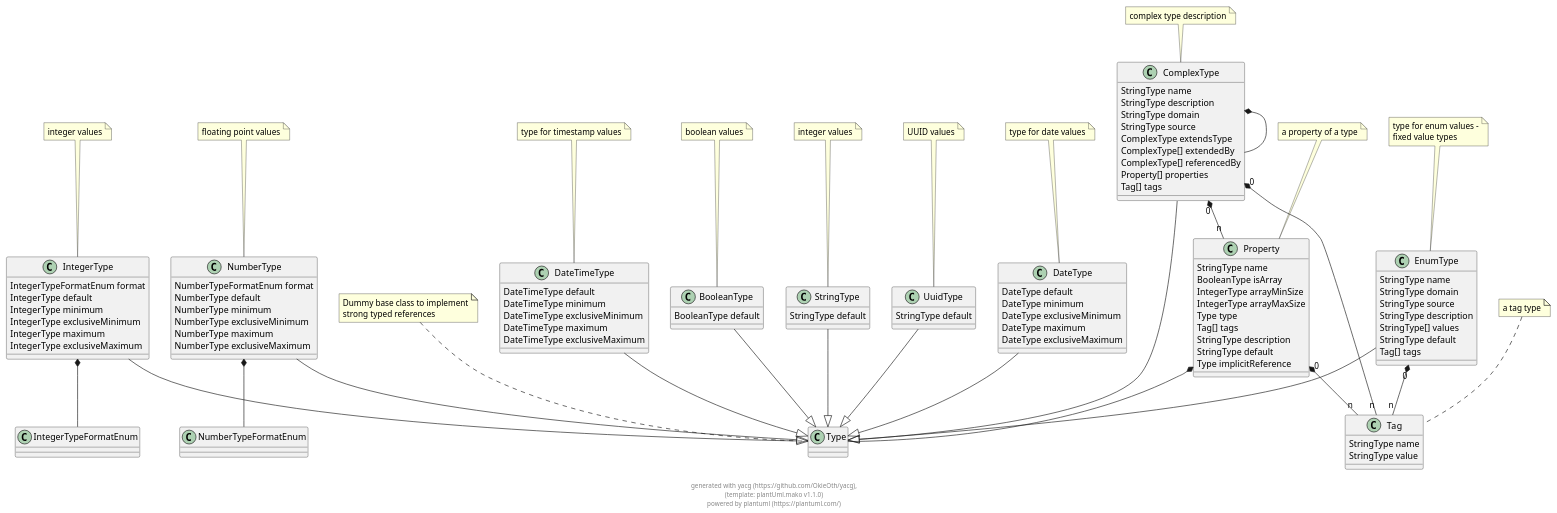
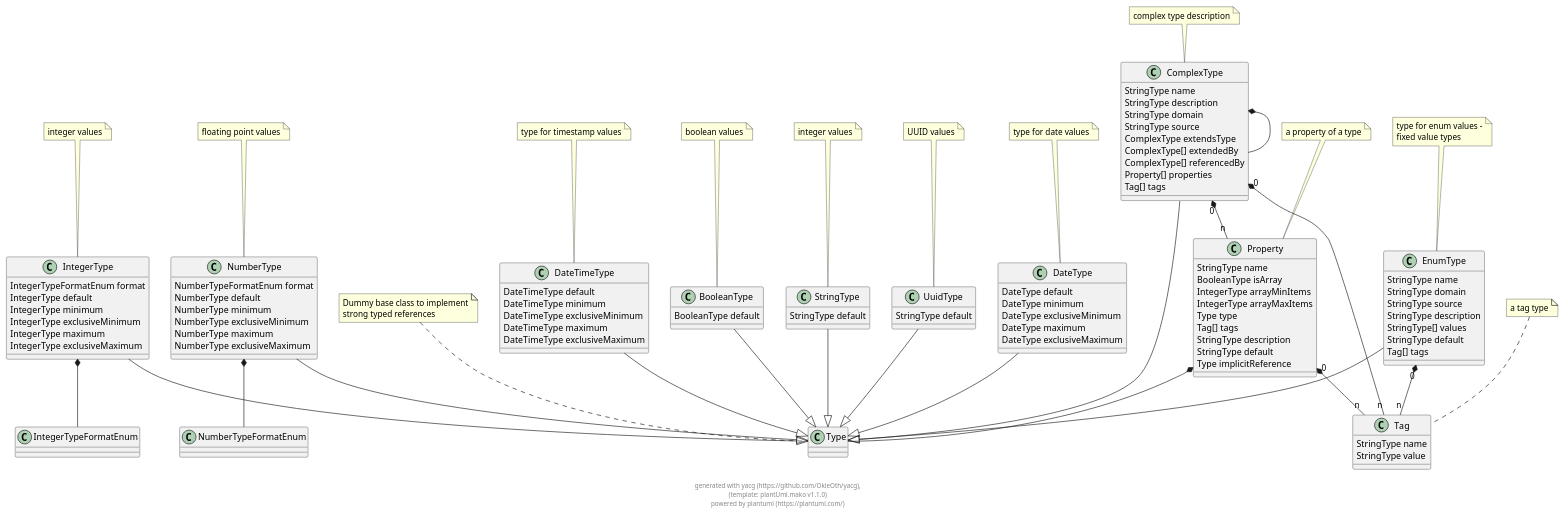
The diagram in docs/puml/yacg_model.puml (OkieOth/yacg), drawn with PlantUML before and after one commit. The commit also changed 4 other files, not shown here.

Commit message:
rename array size restriction constraints

```diff
--- a/docs/puml/yacg_model.puml
+++ b/docs/puml/yacg_model.puml
@@ -2,165 +2,165 @@
 @startuml
 
 class Type {
 }
  
 note top: Dummy base class to implement\nstrong typed references
 
 class IntegerType {
     IntegerTypeFormatEnum format 
     IntegerType default 
     IntegerType minimum 
     IntegerType exclusiveMinimum 
     IntegerType maximum 
     IntegerType exclusiveMaximum 
 }
  
 note top: integer values
 
 IntegerType --|> Type
 class IntegerTypeFormatEnum {
 }
  
 
 class NumberType {
     NumberTypeFormatEnum format 
     NumberType default 
     NumberType minimum 
     NumberType exclusiveMinimum 
     NumberType maximum 
     NumberType exclusiveMaximum 
 }
  
 note top: floating point values
 
 NumberType --|> Type
 class NumberTypeFormatEnum {
 }
  
 
 class BooleanType {
     BooleanType default 
 }
  
 note top: boolean values
 
 BooleanType --|> Type
 class StringType {
     StringType default 
 }
  
 note top: integer values
 
 StringType --|> Type
 class UuidType {
     StringType default 
 }
  
 note top: UUID values
 
 UuidType --|> Type
 class EnumType {
     StringType name 
     StringType domain 
     StringType source 
     StringType description 
     StringType[] values 
     StringType default 
     Tag[] tags 
 }
  
 note top: type for enum values -\nfixed value types
 
 EnumType --|> Type
 class Tag {
     StringType name 
     StringType value 
 }
  
 note top: a tag type
 
 class DateType {
     DateType default 
     DateType minimum 
     DateType exclusiveMinimum 
     DateType maximum 
     DateType exclusiveMaximum 
 }
  
 note top: type for date values
 
 DateType --|> Type
 class DateTimeType {
     DateTimeType default 
     DateTimeType minimum 
     DateTimeType exclusiveMinimum 
     DateTimeType maximum 
     DateTimeType exclusiveMaximum 
 }
  
 note top: type for timestamp values
 
 DateTimeType --|> Type
 class ComplexType {
     StringType name 
     StringType description 
     StringType domain 
     StringType source 
     ComplexType extendsType 
     ComplexType[] extendedBy 
     ComplexType[] referencedBy 
     Property[] properties 
     Tag[] tags 
 }
  
 note top: complex type description
 
 ComplexType --|> Type
 class Property {
     StringType name 
     BooleanType isArray 
-    IntegerType arrayMinSize 
-    IntegerType arrayMaxSize 
+    IntegerType arrayMinItems 
+    IntegerType arrayMaxItems 
     Type type 
     Tag[] tags 
     StringType description 
     StringType default 
     Type implicitReference 
 }
  
 note top: a property of a type
 
 
     
     
 IntegerType  *--  IntegerTypeFormatEnum        
             
     
     
 NumberType  *--  NumberTypeFormatEnum        
             
     
     
     
     
     
 EnumType "0" *-- "n" Tag        
             
     
     
     
     
 ComplexType  *--  ComplexType        
             
 ComplexType "0" *-- "n" Property        
             
 ComplexType "0" *-- "n" Tag        
             
     
 Property  *--  Type        
             
 Property "0" *-- "n" Tag        
             
 
 footer \ngenerated with yacg (https://github.com/OkieOth/yacg),\n(template: plantUml.mako v1.1.0)\npowered by plantuml (https://plantuml.com/)
 @enduml
```
